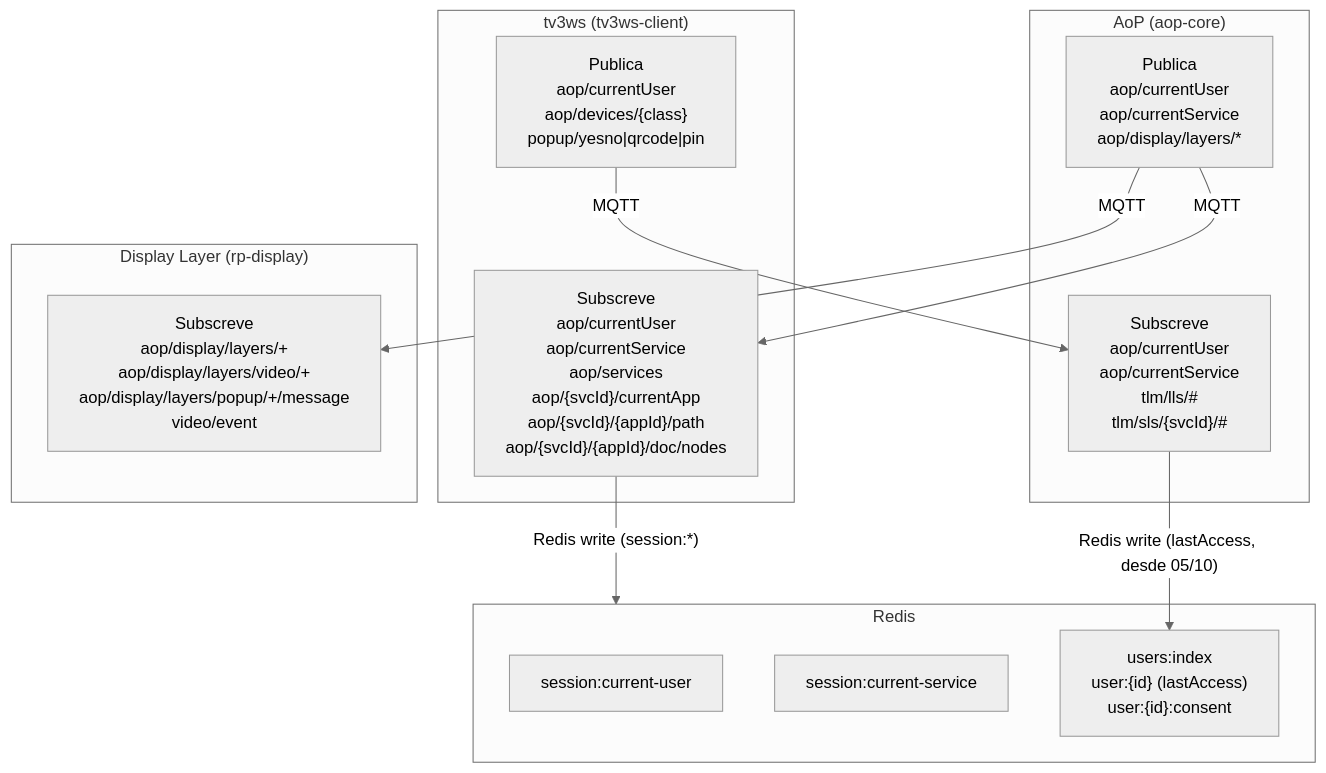
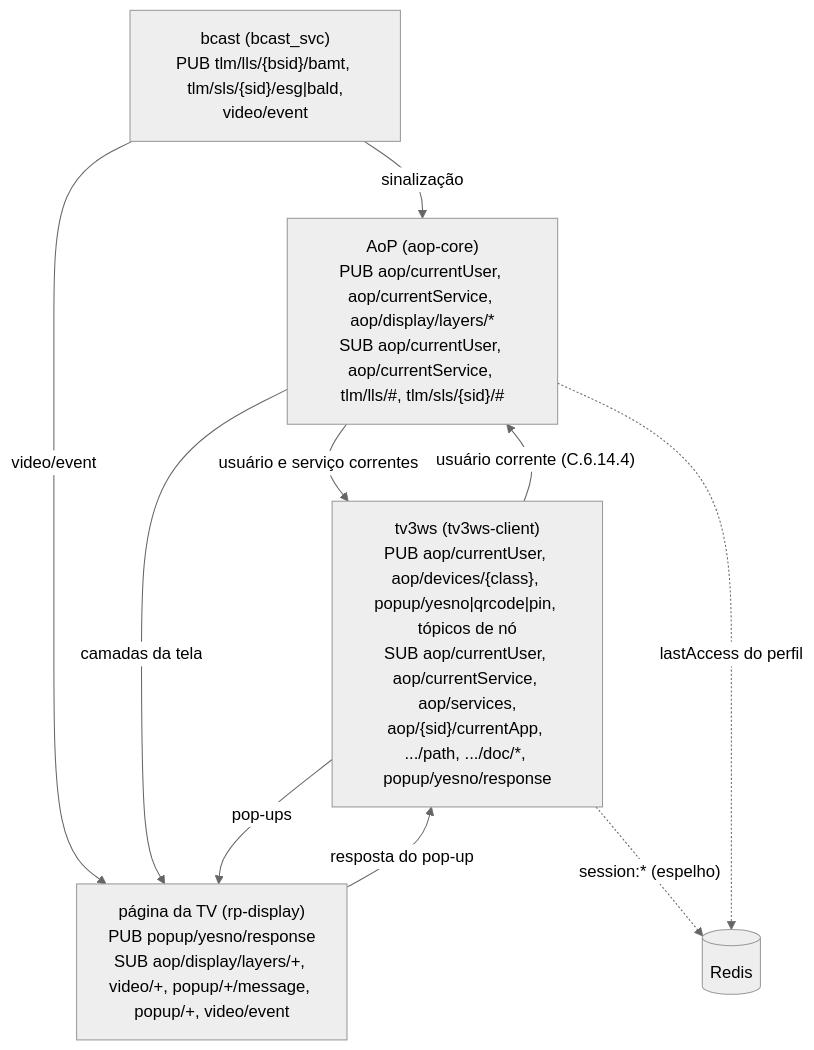
One commit to multisens/Infra changed the diagram in docs/08-mqtt-map.md. Above: the diagram before and after it, drawn with Mermaid (neutral theme). The commit also changed other lines of this file and 20 other files, not shown here.

````diff
--- a/docs/08-mqtt-map.md
+++ b/docs/08-mqtt-map.md
@@ -192,28 +165,18 @@
 ```mermaid
 graph TD
-    subgraph AoP["AoP (aop-core)"]
-        AOP_PUB["Publica\naop/currentUser\naop/currentService\naop/display/layers/*"]
-        AOP_SUB["Subscreve\naop/currentUser\naop/currentService\ntlm/lls/#\ntlm/sls/{svcId}/#"]
-    end
+    BC["bcast (bcast_svc)<br/>PUB tlm/lls/{bsid}/bamt, tlm/sls/{sid}/esg|bald,<br/>video/event"]
+    AOP["AoP (aop-core)<br/>PUB aop/currentUser, aop/currentService, aop/display/layers/*<br/>SUB aop/currentUser, aop/currentService, tlm/lls/#, tlm/sls/{sid}/#"]
+    TV3["tv3ws (tv3ws-client)<br/>PUB aop/currentUser, aop/devices/{class}, popup/yesno|qrcode|pin, tópicos de nó<br/>SUB aop/currentUser, aop/currentService, aop/services,<br/>aop/{sid}/currentApp, .../path, .../doc/*, popup/yesno/response"]
+    PG["página da TV (rp-display)<br/>PUB popup/yesno/response<br/>SUB aop/display/layers/+, video/+, popup/+/message, popup/+, video/event"]
+    RE[("Redis")]
 
-    subgraph TV3WS["tv3ws (tv3ws-client)"]
-        TV3WS_PUB["Publica\naop/currentUser\naop/devices/{class}\npopup/yesno|qrcode|pin"]
-        TV3WS_SUB["Subscreve\naop/currentUser\naop/currentService\naop/services\naop/{svcId}/currentApp\naop/{svcId}/{appId}/path\naop/{svcId}/{appId}/doc/nodes"]
-    end
-
-    subgraph REDIS["Redis"]
-        R_USER["session:current-user"]
-        R_SVC["session:current-service"]
-        R_USERS["users:index\nuser:{id} (lastAccess)\nuser:{id}:consent"]
-    end
-
-    subgraph DISPLAY["Display Layer (rp-display)"]
-        D_SUB["Subscreve\naop/display/layers/+\naop/display/layers/video/+\naop/display/layers/popup/+/message\nvideo/event"]
-    end
-
-    AOP_PUB -->|"MQTT"| TV3WS_SUB
-    AOP_PUB -->|"MQTT"| D_SUB
-    TV3WS_PUB -->|"MQTT"| AOP_SUB
-    TV3WS_SUB -->|"Redis write (session:*)"| REDIS
-    AOP_SUB -->|"Redis write (lastAccess, desde 05/10)"| R_USERS
+    BC -->|"sinalização"| AOP
+    BC -->|"video/event"| PG
+    AOP -->|"usuário e serviço correntes"| TV3
+    TV3 -->|"usuário corrente (C.6.14.4)"| AOP
+    AOP -->|"camadas da tela"| PG
+    TV3 -->|"pop-ups"| PG
+    PG -->|"resposta do pop-up"| TV3
+    TV3 -.->|"session:* (espelho)"| RE
+    AOP -.->|"lastAccess do perfil"| RE
 ```
````
